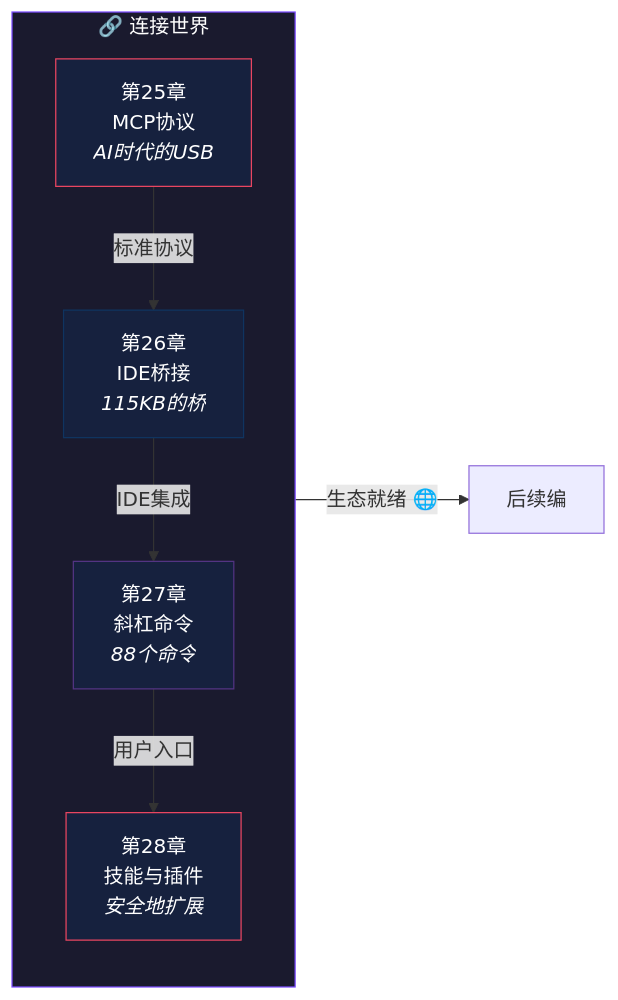
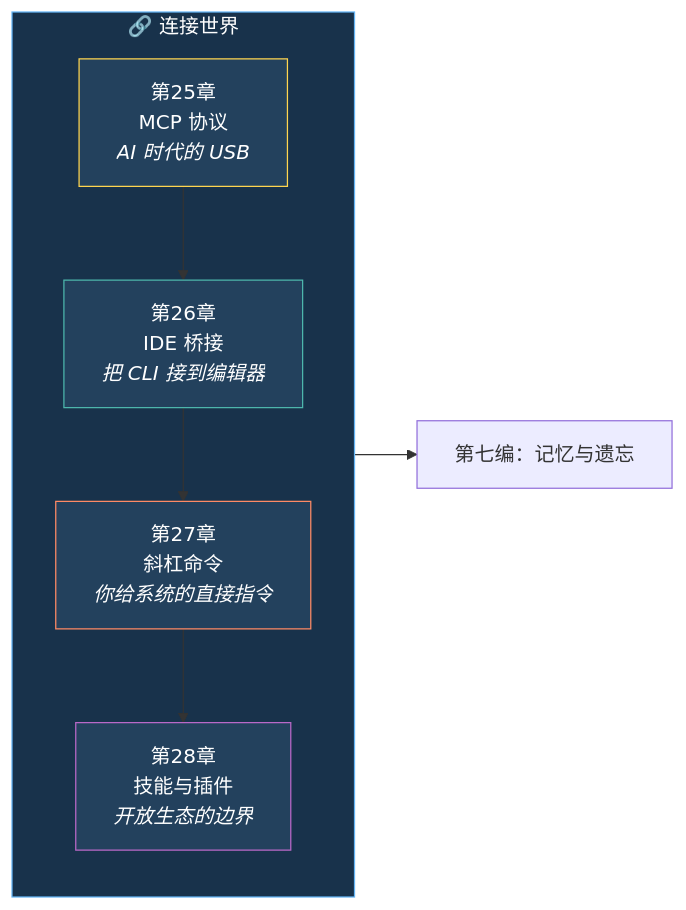
Before and after one commit to wangedoo518/claude-code-book: the first of 2 diagrams in docs/part6/index.md, drawn with Mermaid. The commit also changed other lines of this file and 23 other files, not shown here.

````diff
--- a/docs/part6/index.md
+++ b/docs/part6/index.md
@@ -19,21 +19,19 @@
 ```mermaid
 flowchart LR
     subgraph 第六编["🔗 连接世界"]
         direction TB
-        C25["第25章<br/>MCP协议<br/><i>AI时代的USB</i>"]
-        C26["第26章<br/>IDE桥接<br/><i>115KB的桥</i>"]
-        C27["第27章<br/>斜杠命令<br/><i>88个命令</i>"]
-        C28["第28章<br/>技能与插件<br/><i>安全地扩展</i>"]
+        C25["第25章<br/>MCP 协议<br/><i>AI 时代的 USB</i>"]
+        C26["第26章<br/>IDE 桥接<br/><i>把 CLI 接到编辑器</i>"]
+        C27["第27章<br/>斜杠命令<br/><i>你给系统的直接指令</i>"]
+        C28["第28章<br/>技能与插件<br/><i>开放生态的边界</i>"]
     end
 
-    C25 -->|标准协议| C26
-    C26 -->|IDE集成| C27
-    C27 -->|用户入口| C28
-    C28 -->|"生态就绪 🌐"| 后续编
+    C25 --> C26 --> C27 --> C28
+    C28 --> NEXT["第七编：记忆与遗忘"]
 
-    style 第六编 fill:#1a1a2e,stroke:#7c4dff,color:#fff
-    style C25 fill:#16213e,stroke:#e94560,color:#fff
-    style C26 fill:#16213e,stroke:#0f3460,color:#fff
-    style C27 fill:#16213e,stroke:#533483,color:#fff
-    style C28 fill:#16213e,stroke:#e94560,color:#fff
+    style 第六编 fill:#18324b,stroke:#64b5f6,color:#fff
+    style C25 fill:#23415d,stroke:#ffd54f,color:#fff
+    style C26 fill:#23415d,stroke:#4db6ac,color:#fff
+    style C27 fill:#23415d,stroke:#ff8a65,color:#fff
+    style C28 fill:#23415d,stroke:#ba68c8,color:#fff
 ```
````
